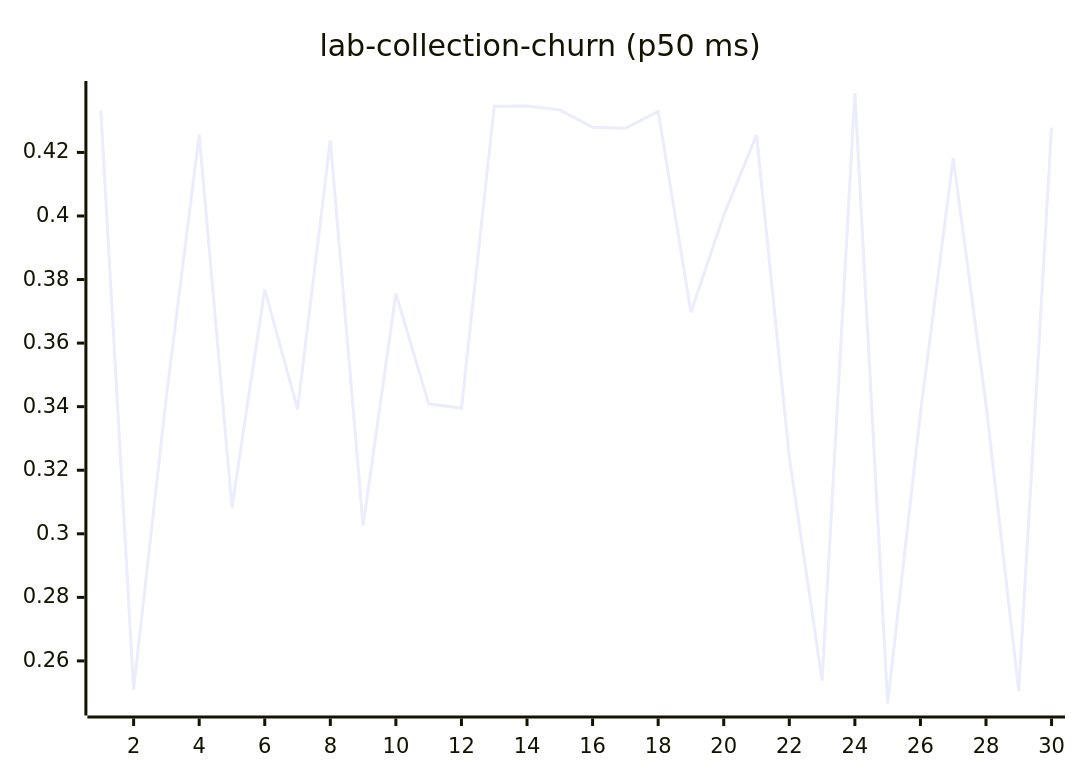
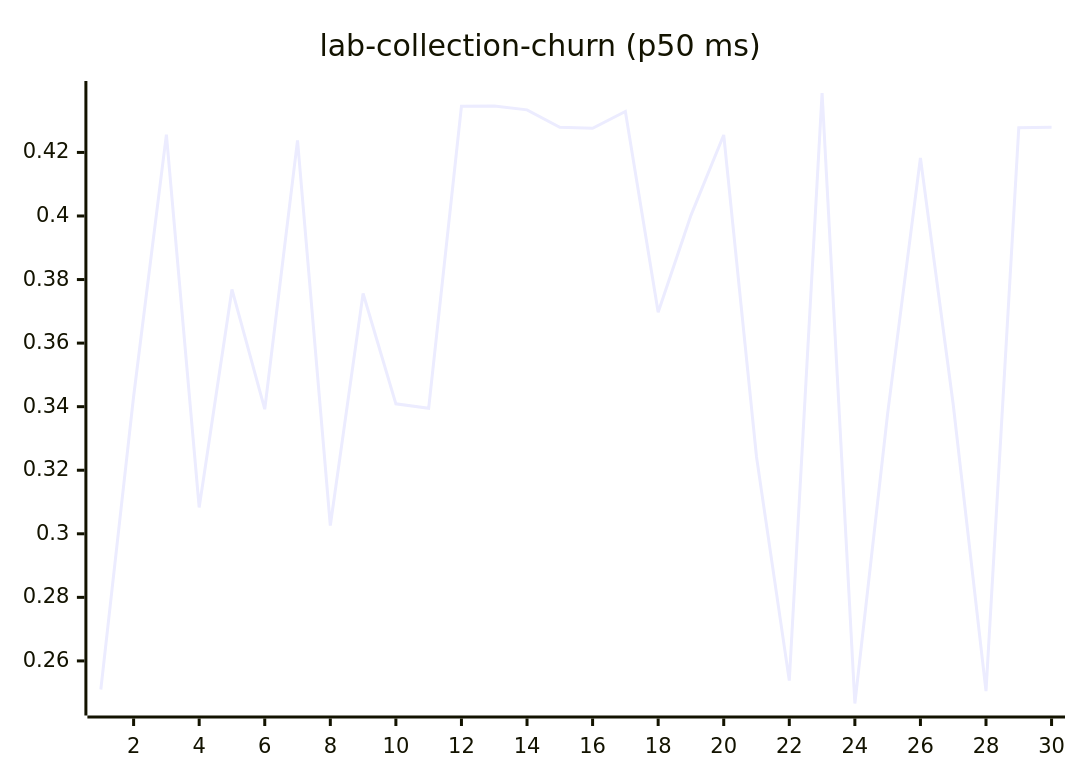
Before and after one commit to josha/Facet: diagram 11 of 27 in README.md, drawn with Mermaid. The commit also changed other lines of this file and 2 other files, not shown here.

````diff
--- a/README.md
+++ b/README.md
@@ -133,6 +133,6 @@
 ```mermaid
 xychart-beta
     title "lab-collection-churn (p50 ms)"
     x-axis 1 --> 30
-    line [0.4331, 0.2510, 0.3432, 0.4256, 0.3083, 0.3769, 0.3392, 0.4238, 0.3026, 0.3756, 0.3409, 0.3395, 0.4345, 0.4346, 0.4334, 0.4279, 0.4276, 0.4329, 0.3697, 0.4002, 0.4255, 0.3242, 0.2538, 0.4387, 0.2466, 0.3379, 0.4183, 0.3407, 0.2505, 0.4278]
+    line [0.2510, 0.3432, 0.4256, 0.3083, 0.3769, 0.3392, 0.4238, 0.3026, 0.3756, 0.3409, 0.3395, 0.4345, 0.4346, 0.4334, 0.4279, 0.4276, 0.4329, 0.3697, 0.4002, 0.4255, 0.3242, 0.2538, 0.4387, 0.2466, 0.3379, 0.4183, 0.3407, 0.2505, 0.4278, 0.4279]
 ```
````
